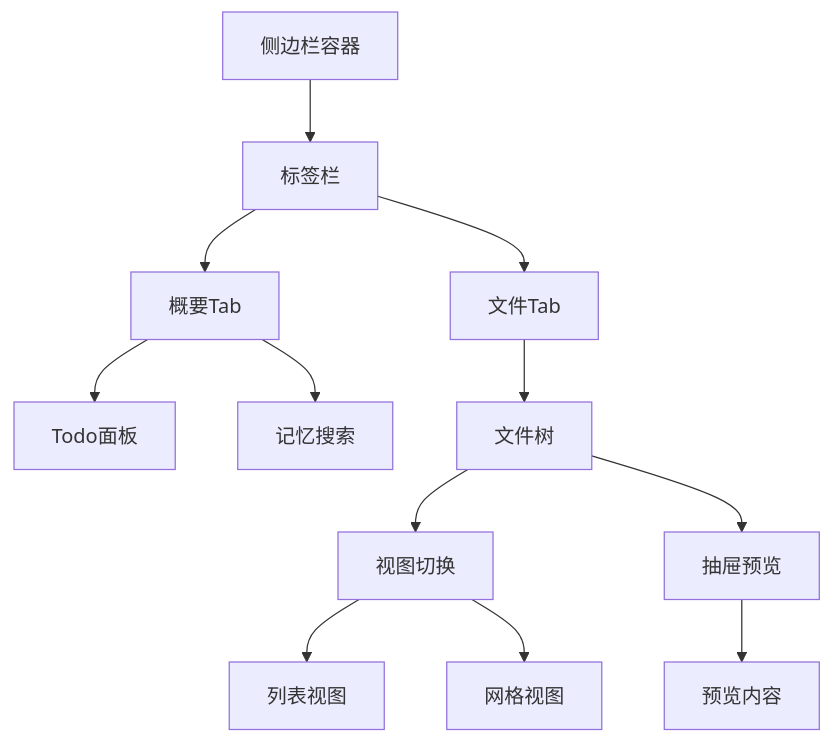
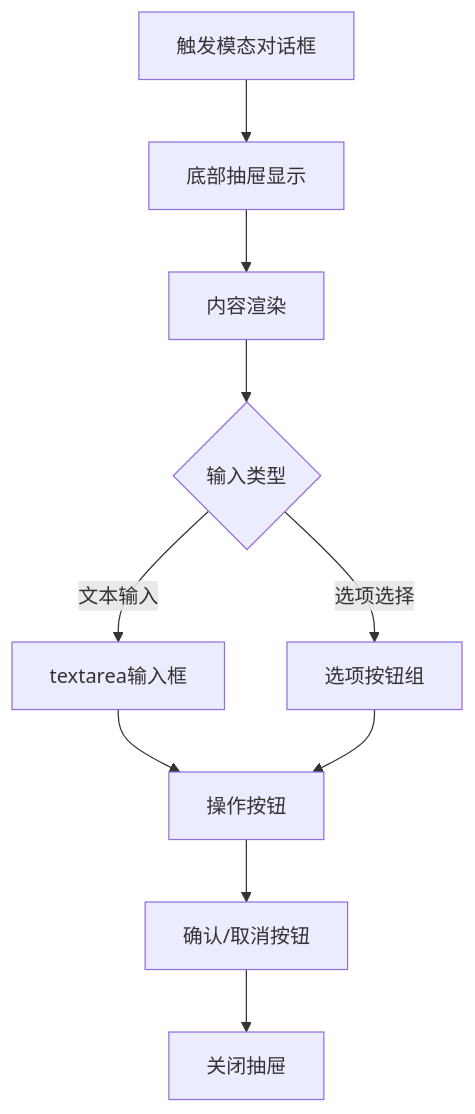
The ninth of 10 diagrams in .qoder/repowiki/zh/content/用户界面/用户界面.md (swond-Mao/Tiffa), drawn with Mermaid before and after one commit. The commit also changed other lines of this file and 73 other files, not shown here.

First line of the commit message:
feat: Tiffa 品牌图标 + Computer Use v2 + WebP 静默崩修复

````diff
--- a/.qoder/repowiki/zh/content/用户界面/用户界面.md
+++ b/.qoder/repowiki/zh/content/用户界面/用户界面.md
@@ -243,14 +368,12 @@
 ```mermaid
 flowchart TD
-Sidebar["侧边栏容器"] --> TabBar["标签栏"]
-TabBar --> OverviewTab["概要Tab"]
-TabBar --> FilesTab["文件Tab"]
-OverviewTab --> TodoSection["Todo面板"]
-OverviewTab --> MemorySearch["记忆搜索"]
-FilesTab --> FileTree["文件树"]
-FileTree --> ViewToggle["视图切换"]
-ViewToggle --> ListView["列表视图"]
-ViewToggle --> GridView["网格视图"]
-FileTree --> DrawerPreview["抽屉预览"]
-DrawerPreview --> PreviewContent["预览内容"]
+ModalTrigger["触发模态对话框"] --> BottomDrawer["底部抽屉显示"]
+BottomDrawer --> ContentRender["内容渲染"]
+ContentRender --> InputType{"输入类型"}
+InputType --> |文本输入| TextareaInput["textarea输入框"]
+InputType --> |选项选择| OptionButtons["选项按钮组"]
+TextareaInput --> ActionButtons["操作按钮"]
+OptionButtons --> ActionButtons
+ActionButtons --> ConfirmCancel["确认/取消按钮"]
+ConfirmCancel --> ModalClose["关闭抽屉"]
 ```
````
